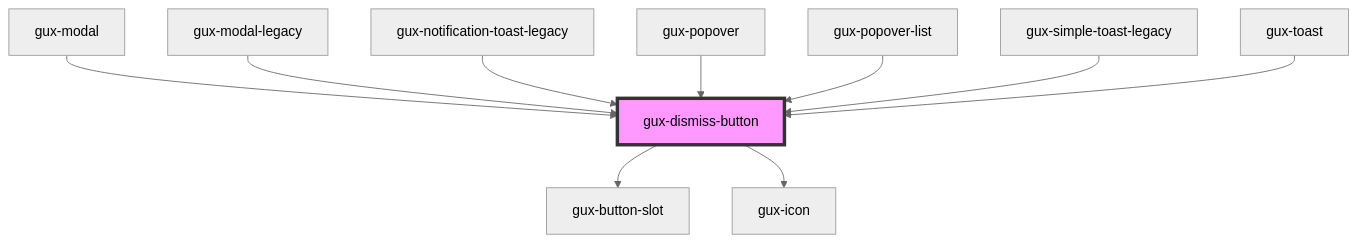
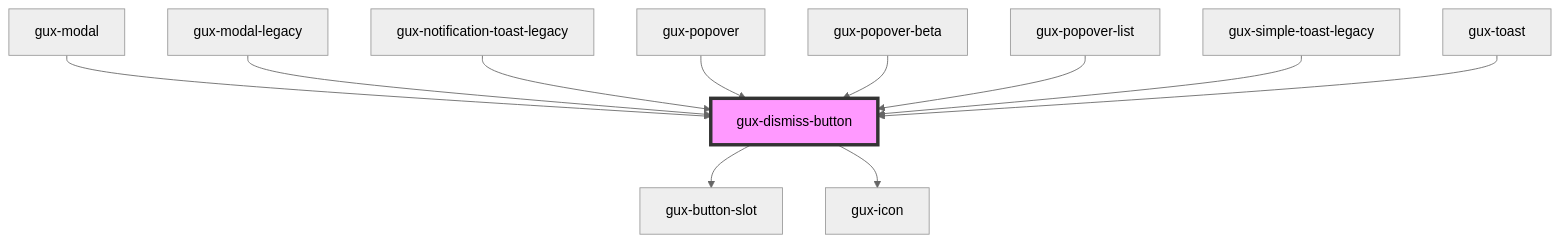
Before and after one commit to MyPureCloud/genesys-spark: the diagram in packages/genesys-spark-components/src/components/stable/gux-dismiss-button/readme.md, drawn with Mermaid (neutral theme). The commit also changed other lines of this file and 7 other files, not shown here.

First line of the commit message:
feat(popover-beta): Added popover-beta component that uses the native popover-api

````diff
--- a/packages/genesys-spark-components/src/components/stable/gux-dismiss-button/readme.md
+++ b/packages/genesys-spark-components/src/components/stable/gux-dismiss-button/readme.md
@@ -34,13 +35,14 @@
 ```mermaid
 graph TD;
   gux-dismiss-button --> gux-button-slot
   gux-dismiss-button --> gux-icon
   gux-modal --> gux-dismiss-button
   gux-modal-legacy --> gux-dismiss-button
   gux-notification-toast-legacy --> gux-dismiss-button
   gux-popover --> gux-dismiss-button
+  gux-popover-beta --> gux-dismiss-button
   gux-popover-list --> gux-dismiss-button
   gux-simple-toast-legacy --> gux-dismiss-button
   gux-toast --> gux-dismiss-button
   style gux-dismiss-button fill:#f9f,stroke:#333,stroke-width:4px
 ```
````
